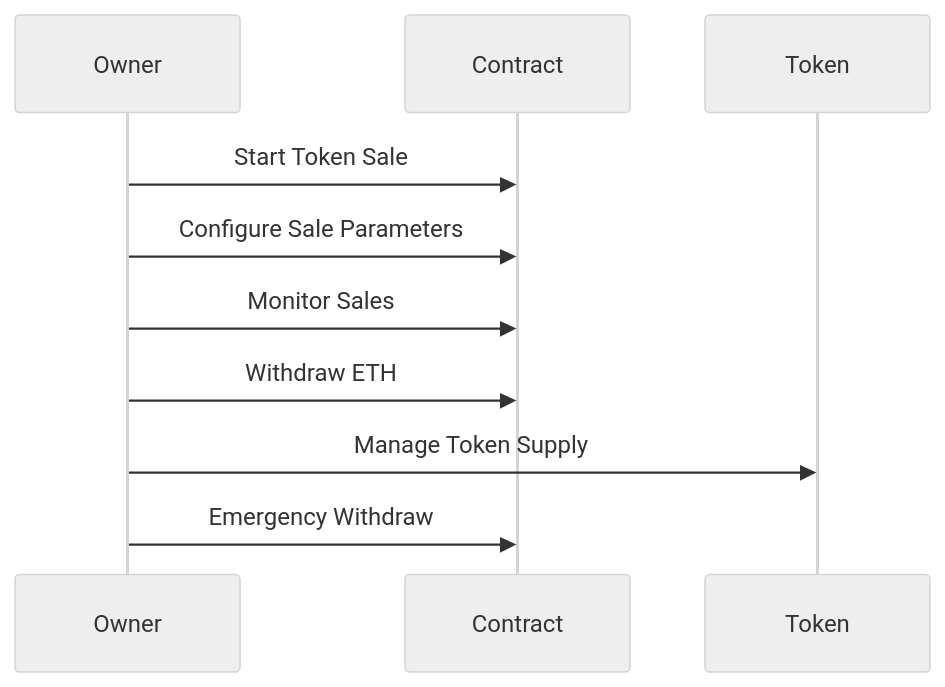
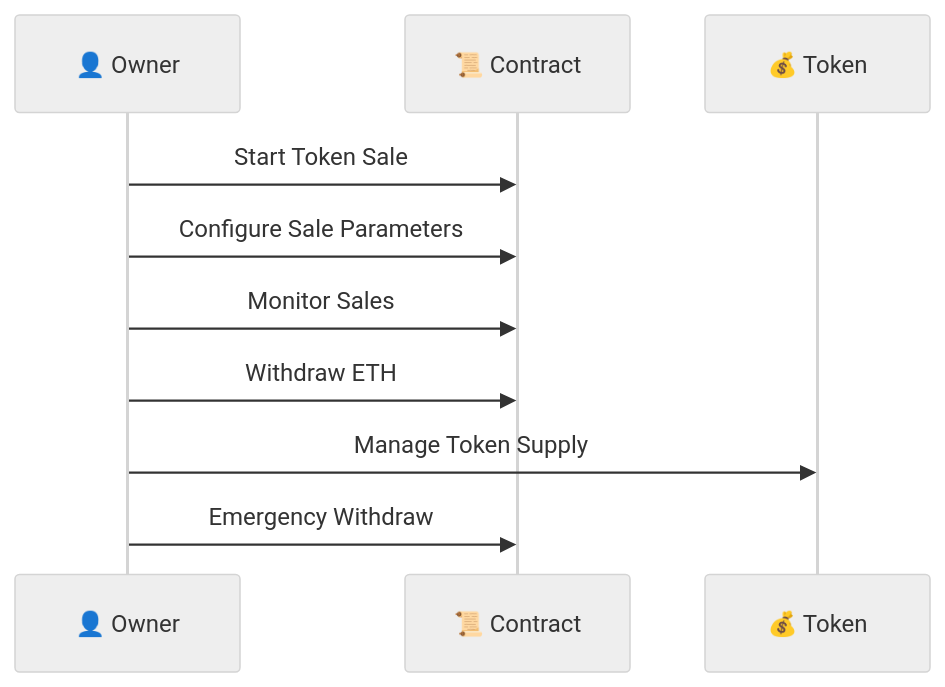
One commit to Vicent00/PioneroX changed the fourth of 5 diagrams in README.md. Above: the diagram before and after it, drawn with Mermaid (neutral theme). The commit also changed other lines of this file, not shown here.

````diff
--- a/README.md
+++ b/README.md
@@ -65,13 +75,13 @@
 ```mermaid
 sequenceDiagram
-    participant Owner
-    participant Contract
-    participant Token
+    participant 👤 Owner
+    participant 📜 Contract
+    participant 💰 Token
     
-    Owner->>Contract: Start Token Sale
-    Owner->>Contract: Configure Sale Parameters
-    Owner->>Contract: Monitor Sales
-    Owner->>Contract: Withdraw ETH
-    Owner->>Token: Manage Token Supply
-    Owner->>Contract: Emergency Withdraw
+    👤 Owner->>📜 Contract: Start Token Sale
+    👤 Owner->>📜 Contract: Configure Sale Parameters
+    👤 Owner->>📜 Contract: Monitor Sales
+    👤 Owner->>📜 Contract: Withdraw ETH
+    👤 Owner->>💰 Token: Manage Token Supply
+    👤 Owner->>📜 Contract: Emergency Withdraw
 ```
````
